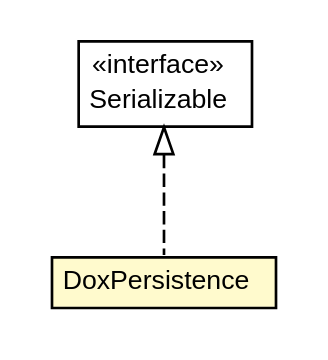
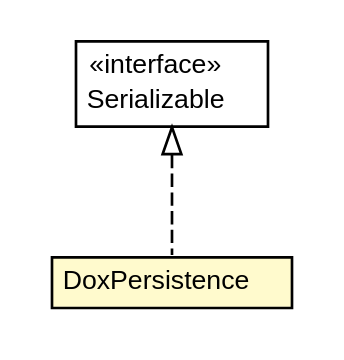
The diagram in doxdb-core/apidocs/net/trajano/doxdb/schema/DoxPersistence.dot (trajano/doxdb), drawn with Graphviz before and after one commit. The commit also changed 227 other files, not shown here.

```diff
--- a/doxdb-core/apidocs/net/trajano/doxdb/schema/DoxPersistence.dot
+++ b/doxdb-core/apidocs/net/trajano/doxdb/schema/DoxPersistence.dot
@@ -1,27 +1,27 @@
 #!/usr/local/bin/dot
 #
 # Class diagram 
 # Generated by UMLGraph version R5_6-24-gf6e263 (http://www.umlgraph.org/)
 #
 
 digraph G {
-	edge [fontname="arial",fontsize=10,labelfontname="arial",labelfontsize=10];
-	node [fontname="arial",fontsize=10,shape=plaintext];
+	edge [fontname="Helvetica",fontsize=10,labelfontname="Helvetica",labelfontsize=10];
+	node [fontname="Helvetica",fontsize=10,shape=plaintext];
 	nodesep=0.25;
 	ranksep=0.5;
 	// net.trajano.doxdb.schema.DoxPersistence
-	c297 [label=<<table title="net.trajano.doxdb.schema.DoxPersistence" border="0" cellborder="1" cellspacing="0" cellpadding="2" port="p" bgcolor="lemonChiffon" href="./DoxPersistence.html">
+	c293 [label=<<table title="net.trajano.doxdb.schema.DoxPersistence" border="0" cellborder="1" cellspacing="0" cellpadding="2" port="p" bgcolor="lemonChiffon" href="./DoxPersistence.html">
 		<tr><td><table border="0" cellspacing="0" cellpadding="1">
 <tr><td align="center" balign="center"> DoxPersistence </td></tr>
 		</table></td></tr>
-		</table>>, URL="./DoxPersistence.html", fontname="arial", fontcolor="black", fontsize=10.0];
+		</table>>, URL="./DoxPersistence.html", fontname="Helvetica", fontcolor="black", fontsize=10.0];
 	//net.trajano.doxdb.schema.DoxPersistence implements java.io.Serializable
-	c298:p -> c297:p [dir=back,arrowtail=empty,style=dashed];
+	c298:p -> c293:p [dir=back,arrowtail=empty,style=dashed];
 	// java.io.Serializable
 	c298 [label=<<table title="java.io.Serializable" border="0" cellborder="1" cellspacing="0" cellpadding="2" port="p" href="http://java.sun.com/j2se/1.4.2/docs/api/java/io/Serializable.html">
 		<tr><td><table border="0" cellspacing="0" cellpadding="1">
 <tr><td align="center" balign="center"> &#171;interface&#187; </td></tr>
 <tr><td align="center" balign="center"> Serializable </td></tr>
 		</table></td></tr>
-		</table>>, URL="http://java.sun.com/j2se/1.4.2/docs/api/java/io/Serializable.html", fontname="arial", fontcolor="black", fontsize=10.0];
+		</table>>, URL="http://java.sun.com/j2se/1.4.2/docs/api/java/io/Serializable.html", fontname="Helvetica", fontcolor="black", fontsize=10.0];
 }
```
